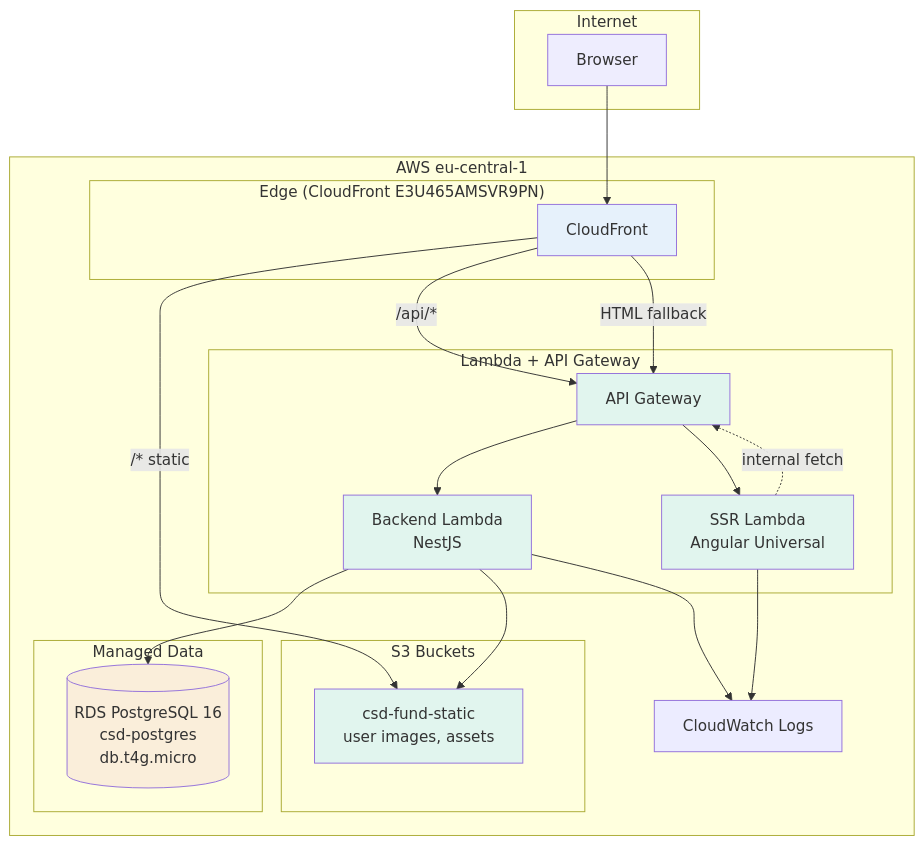
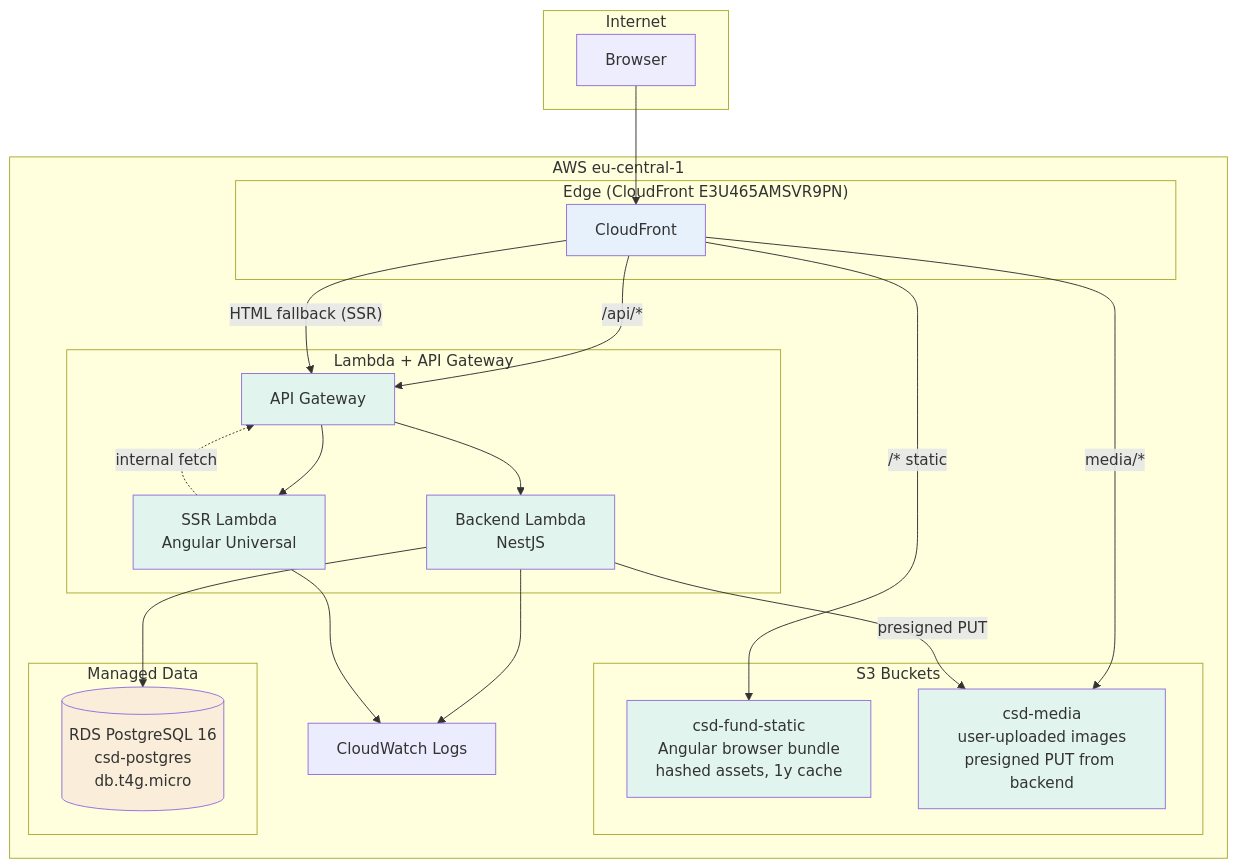
The third of 3 diagrams in docs/ARCHITECTURE.md (Endorrfin/csd), drawn with Mermaid before and after one commit. The commit also changed other lines of this file and 11 other files, not shown here.

````diff
--- a/docs/ARCHITECTURE.md
+++ b/docs/ARCHITECTURE.md
@@ -515,48 +535,51 @@
 ```mermaid
 graph TB
     subgraph Internet
         Browser[Browser]
     end
 
     subgraph AWS["AWS eu-central-1"]
         subgraph Edge["Edge (CloudFront E3U465AMSVR9PN)"]
             CF[CloudFront]
         end
 
         subgraph Static["S3 Buckets"]
-            S3CSS[csd-fund-static<br/>user images, assets]
+            S3Static[csd-fund-static<br/>Angular browser bundle<br/>hashed assets, 1y cache]
+            S3Media[csd-media<br/>user-uploaded images<br/>presigned PUT from backend]
         end
 
         subgraph Compute["Lambda + API Gateway"]
             APIGW[API Gateway]
             LambdaBE[Backend Lambda<br/>NestJS]
             LambdaUI[SSR Lambda<br/>Angular Universal]
         end
 
         subgraph Data["Managed Data"]
             RDS[(RDS PostgreSQL 16<br/>csd-postgres<br/>db.t4g.micro)]
         end
 
         Monitoring[CloudWatch Logs]
     end
 
     Browser --> CF
-    CF -->|"/* static"| S3CSS
+    CF -->|"/* static"| S3Static
     CF -->|"/api/*"| APIGW
-    CF -->|"HTML fallback"| APIGW
+    CF -->|"HTML fallback (SSR)"| APIGW
+    CF -->|"media/*"| S3Media
     APIGW --> LambdaBE
     APIGW --> LambdaUI
     LambdaUI -.->|"internal fetch"| APIGW
     LambdaBE --> RDS
-    LambdaBE --> S3CSS
+    LambdaBE -->|"presigned PUT"| S3Media
     LambdaBE --> Monitoring
     LambdaUI --> Monitoring
 
     style Browser fill:#EEEDFE
     style CF fill:#E6F1FB
-    style S3CSS fill:#E1F5EE
+    style S3Static fill:#E1F5EE
+    style S3Media fill:#E1F5EE
     style APIGW fill:#E1F5EE
     style LambdaBE fill:#E1F5EE
     style LambdaUI fill:#E1F5EE
     style RDS fill:#FAEEDA
 ```
````
